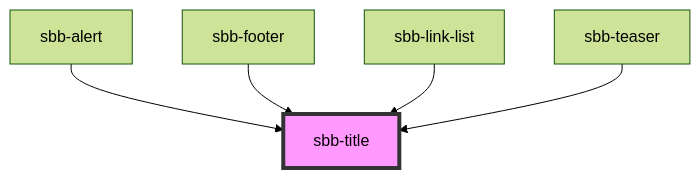
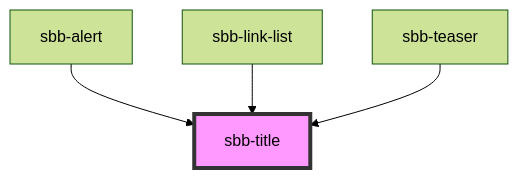
Before and after one commit to sbb-design-systems/lyne-components: the diagram in src/components/sbb-title/readme.md, drawn with Mermaid (forest theme). The commit also changed other lines of this file and 10 other files, not shown here.

````diff
--- a/src/components/sbb-title/readme.md
+++ b/src/components/sbb-title/readme.md
@@ -32,8 +31,7 @@
 ```mermaid
 graph TD;
   sbb-alert --> sbb-title
-  sbb-footer --> sbb-title
   sbb-link-list --> sbb-title
   sbb-teaser --> sbb-title
   style sbb-title fill:#f9f,stroke:#333,stroke-width:4px
 ```
````
